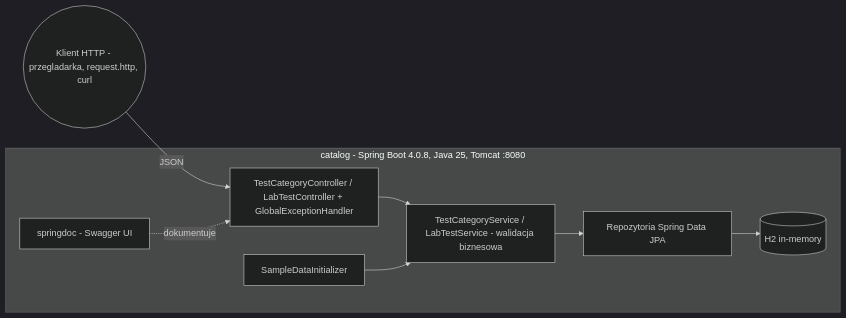
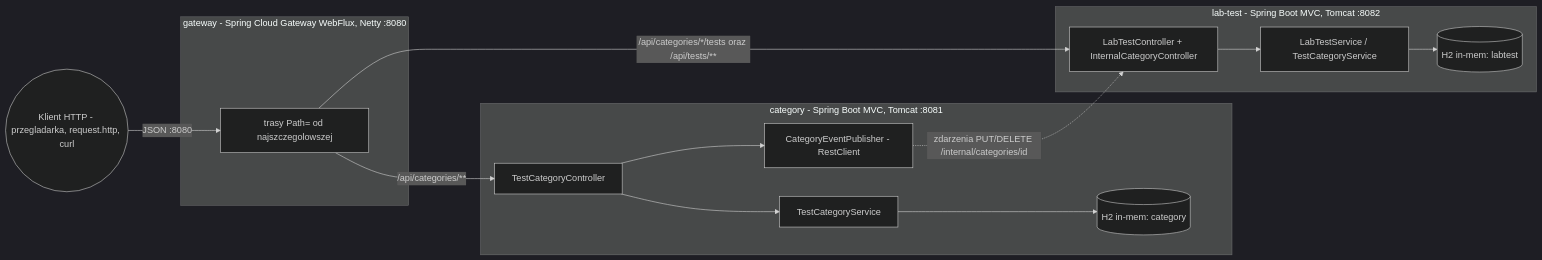
One commit to Zambrzyckii/Medata changed the first of 3 diagrams in docs/pl/ARCHITECTURE.md. Above: the diagram before and after it, drawn with Mermaid (dark theme). The commit also changed other lines of this file and 39 other files, not shown here.

Commit message:
[LAB 4] Split into category and lab-test microservices with event sync and gateway

````diff
--- a/docs/pl/ARCHITECTURE.md
+++ b/docs/pl/ARCHITECTURE.md
@@ -8,11 +8,17 @@
 ```mermaid
 flowchart LR
-    Client((Klient HTTP - przegladarka, request.http, curl)) -->|JSON| Controllers
-    subgraph app [catalog - Spring Boot 4.0.8, Java 25, Tomcat :8080]
-        Controllers[TestCategoryController / LabTestController + GlobalExceptionHandler] --> Services
-        Init[SampleDataInitializer] --> Services
-        Services[TestCategoryService / LabTestService - walidacja biznesowa] --> Repos[Repozytoria Spring Data JPA]
-        Repos --> H2[(H2 in-memory)]
-        Swagger[springdoc - Swagger UI] -.dokumentuje.-> Controllers
+    Client((Klient HTTP - przegladarka, request.http, curl)) -->|"JSON :8080"| GW
+    subgraph gw [gateway - Spring Cloud Gateway WebFlux, Netty :8080]
+        GW[trasy Path= od najszczegolowszej]
     end
+    GW -->|"/api/categories/**"| CATC
+    GW -->|"/api/categories/*/tests oraz /api/tests/**"| LTC
+    subgraph cat [category - Spring Boot MVC, Tomcat :8081]
+        CATC[TestCategoryController] --> CATS[TestCategoryService] --> CATDB[(H2 in-mem: category)]
+        CATC --> PUB[CategoryEventPublisher - RestClient]
+    end
+    subgraph lt [lab-test - Spring Boot MVC, Tomcat :8082]
+        LTC[LabTestController + InternalCategoryController] --> LTS[LabTestService / TestCategoryService] --> LTDB[(H2 in-mem: labtest)]
+    end
+    PUB -. "zdarzenia PUT/DELETE /internal/categories/id" .-> LTC
 ```
````
